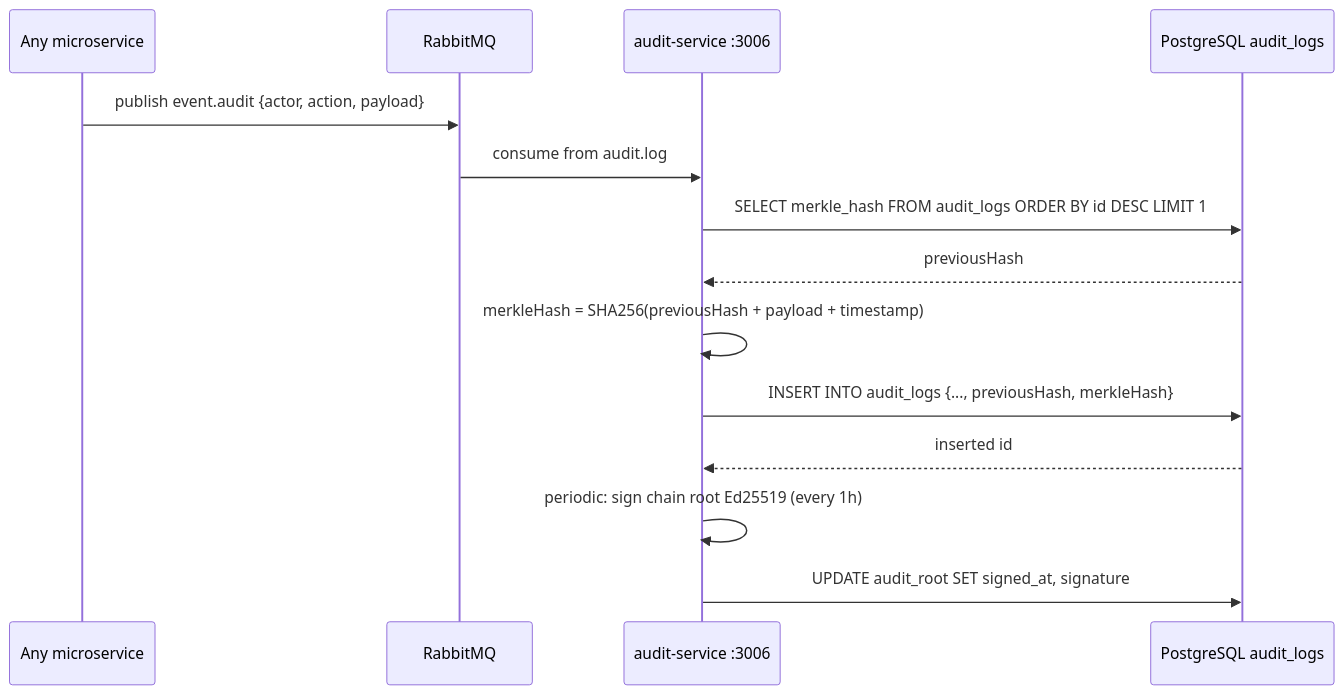
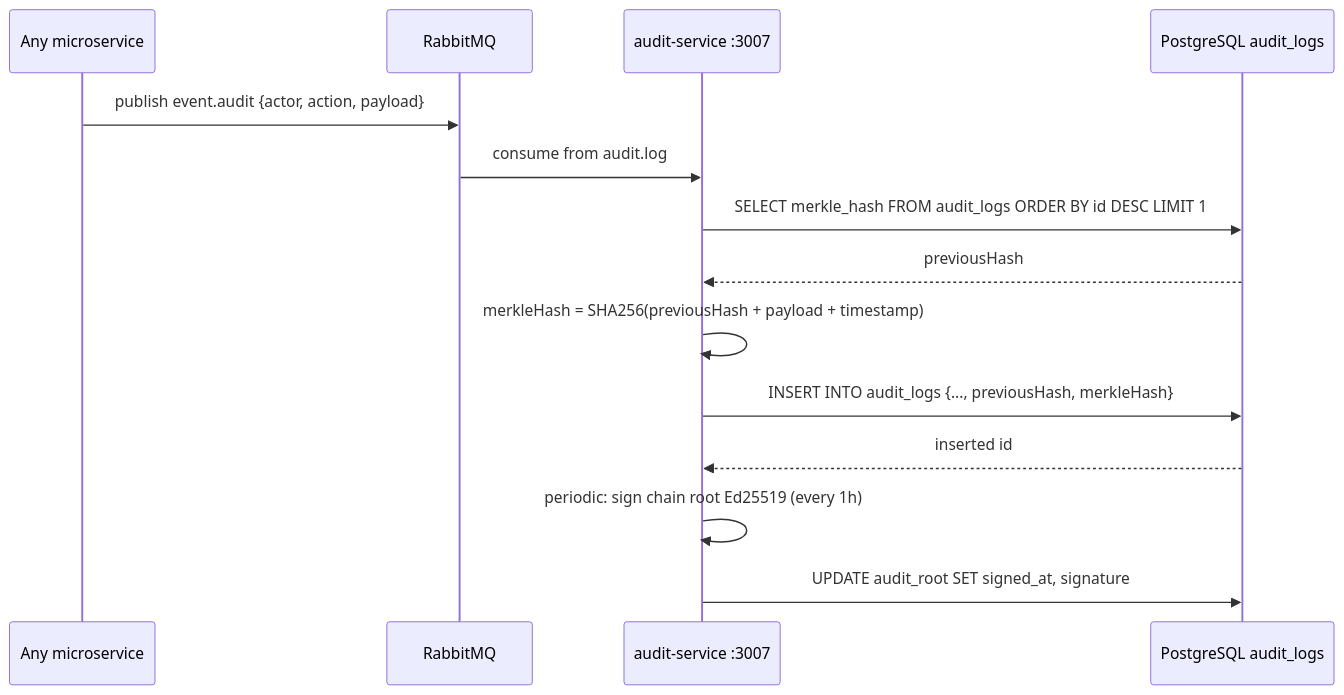
Diagram 30 of 40 in docs/diagrams/99-DIAGRAMMES-MERMAID.md (TheManInPink/Session-Ete-2026), drawn with Mermaid before and after one commit. The commit also changed 1 other file, not shown here.

Commit message:
docs: corriger le port audit-service (:3006 -> :3007) dans les diagrammes de flux
Le séquencier d'audit (Mermaid + PlantUML) étiquetait audit-service :3006 ;
le port réel est :3007 (:3006 = interop-service). Source de vérité : env.schema
AUDIT_SERVICE_PORT=3007, api-gateway, monitoring, K8s configmap.

NB : les blocs « carte d'architecture » de ces mêmes fichiers utilisent un schéma
de ports entièrement obsolète (+ services inexistants : correction/governance/
electoral/kiosk/file-service) — réconciliation séparée à prévoir.

````diff
--- a/docs/diagrams/99-DIAGRAMMES-MERMAID.md
+++ b/docs/diagrams/99-DIAGRAMMES-MERMAID.md
@@ -1331,17 +1331,17 @@
 ```mermaid
 sequenceDiagram
     participant Svc as Any microservice
     participant MQ as RabbitMQ
-    participant Aud as audit-service :3006
+    participant Aud as audit-service :3007
     participant Pg as PostgreSQL audit_logs
 
     Svc->>MQ: publish event.audit {actor, action, payload}
     MQ->>Aud: consume from audit.log
     Aud->>Pg: SELECT merkle_hash FROM audit_logs ORDER BY id DESC LIMIT 1
     Pg-->>Aud: previousHash
     Aud->>Aud: merkleHash = SHA256(previousHash + payload + timestamp)
     Aud->>Pg: INSERT INTO audit_logs {..., previousHash, merkleHash}
     Pg-->>Aud: inserted id
     Aud->>Aud: periodic: sign chain root Ed25519 (every 1h)
     Aud->>Pg: UPDATE audit_root SET signed_at, signature
 ```
````
